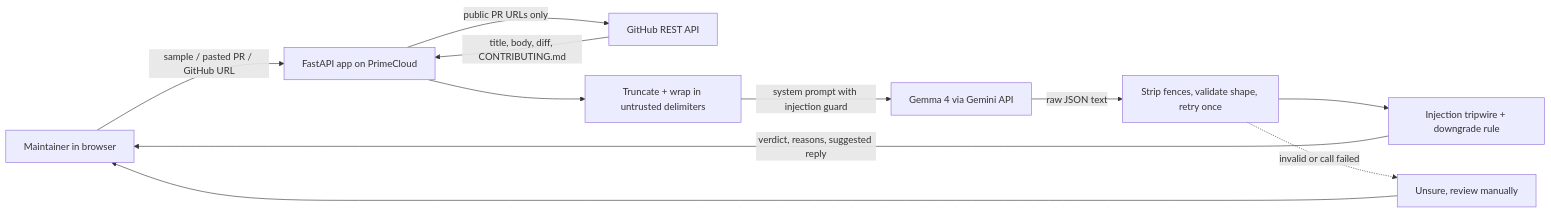
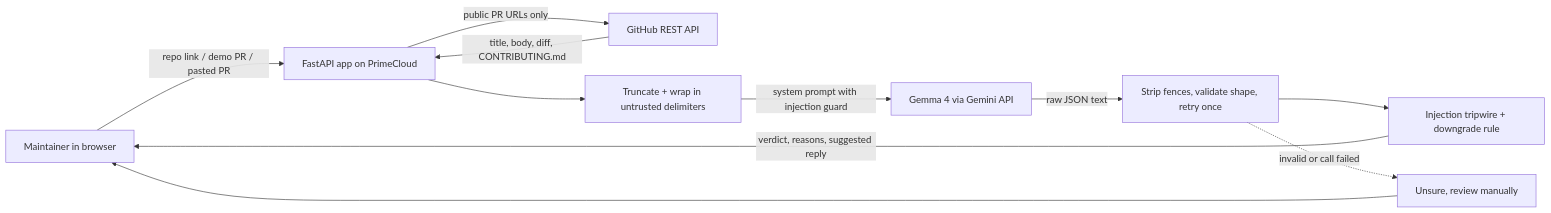
One commit to NjeriCodeCraft/prtriage changed the diagram in README.md. Above: the diagram before and after it, drawn with Mermaid. The commit also changed other lines of this file and 5 other files, not shown here.

First line of the commit message:
Redesign UI as PR queue + review side panel; add repo link mode

````diff
--- a/README.md
+++ b/README.md
@@ -40,13 +49,13 @@
 ```mermaid
 flowchart LR
-    U[Maintainer in browser] -->|sample / pasted PR / GitHub URL| API[FastAPI app on PrimeCloud]
+    U[Maintainer in browser] -->|repo link / demo PR / pasted PR| API[FastAPI app on PrimeCloud]
     API -->|public PR URLs only| GH[GitHub REST API]
     GH -->|title, body, diff, CONTRIBUTING.md| API
     API --> T[Truncate + wrap in untrusted delimiters]
     T -->|system prompt with injection guard| G[Gemma 4 via Gemini API]
     G -->|raw JSON text| V[Strip fences, validate shape, retry once]
     V --> S[Injection tripwire + downgrade rule]
     S -->|verdict, reasons, suggested reply| U
     V -. invalid or call failed .-> UN[Unsure, review manually]
     UN --> U
 ```
````
